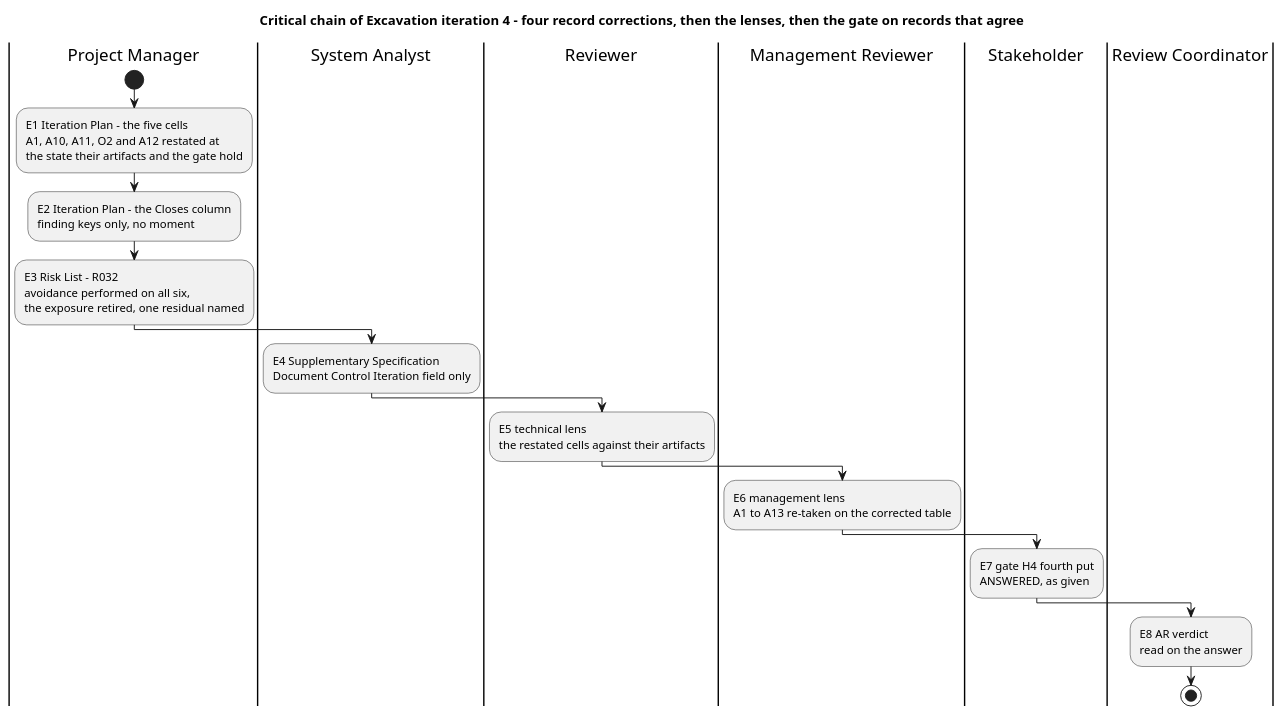
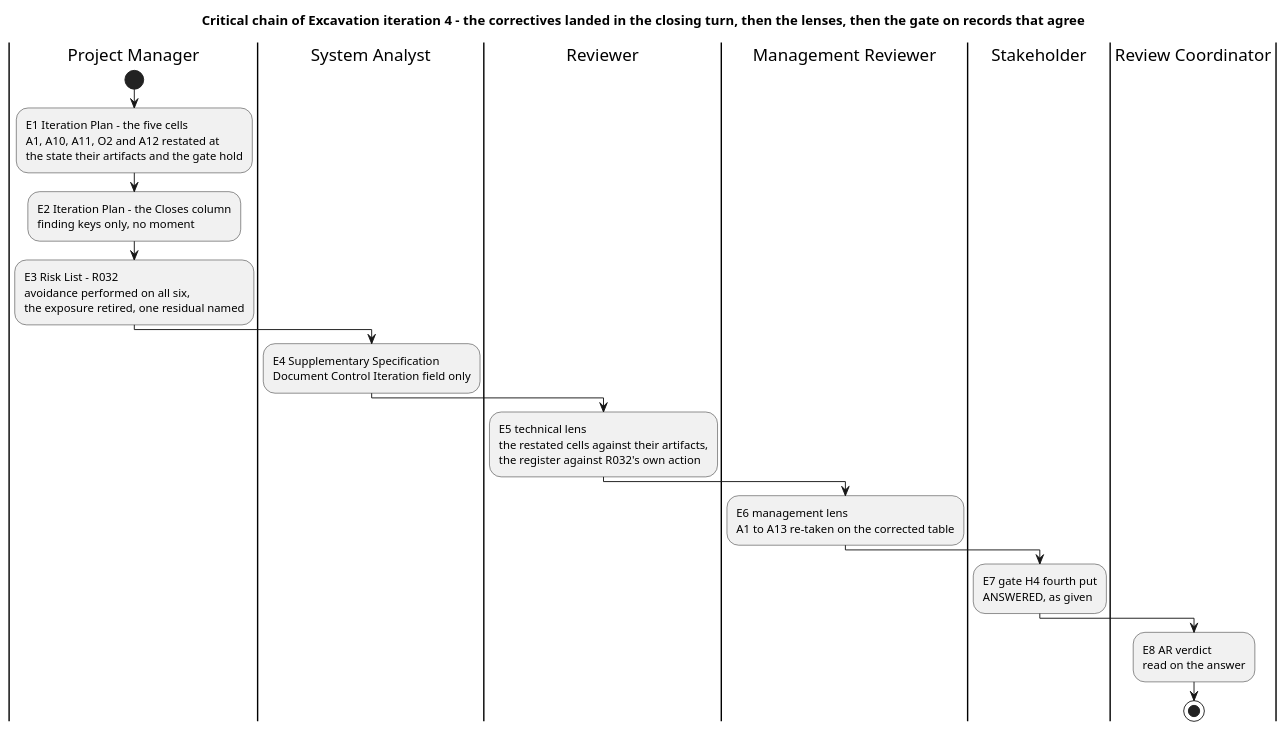
The third of 6 diagrams in docs/artifacts/project-management/iteration-plan.md (banense-test/TodoApp), drawn with PlantUML before and after one commit. The commit also changed other lines of this file, not shown here.

First line of the commit message:
Project Manager [Excavation3]: upsert Iteration Plan

````diff
--- a/docs/artifacts/project-management/iteration-plan.md
+++ b/docs/artifacts/project-management/iteration-plan.md
@@ -152,36 +152,37 @@
 ```plantuml
 @startuml
-title Critical chain of Excavation iteration 4 - four record corrections, then the lenses, then the gate on records that agree
+title Critical chain of Excavation iteration 4 - the correctives landed in the closing turn, then the lenses, then the gate on records that agree
 skinparam shadowing false
 skinparam wrapWidth 245
 
 |Project Manager|
 start
 :E1 Iteration Plan - the five cells
 A1, A10, A11, O2 and A12 restated at
 the state their artifacts and the gate hold;
 :E2 Iteration Plan - the Closes column
 finding keys only, no moment;
 :E3 Risk List - R032
 avoidance performed on all six,
 the exposure retired, one residual named;
 
 |System Analyst|
 :E4 Supplementary Specification
 Document Control Iteration field only;
 
 |Reviewer|
 :E5 technical lens
-the restated cells against their artifacts;
+the restated cells against their artifacts,
+the register against R032's own action;
 |Management Reviewer|
 :E6 management lens
 A1 to A13 re-taken on the corrected table;
 |Stakeholder|
 :E7 gate H4 fourth put
 ANSWERED, as given;
 |Review Coordinator|
 :E8 AR verdict
 read on the answer;
 stop
 @enduml
 ```
````
